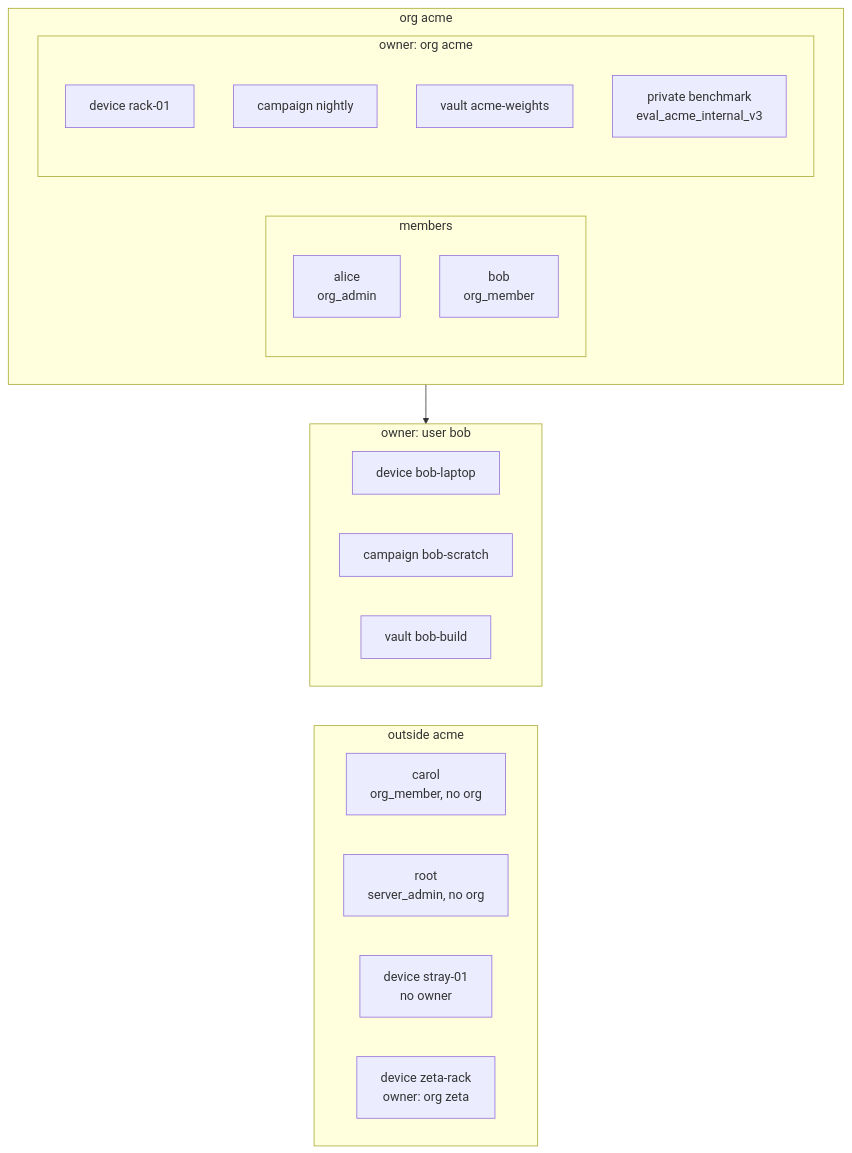
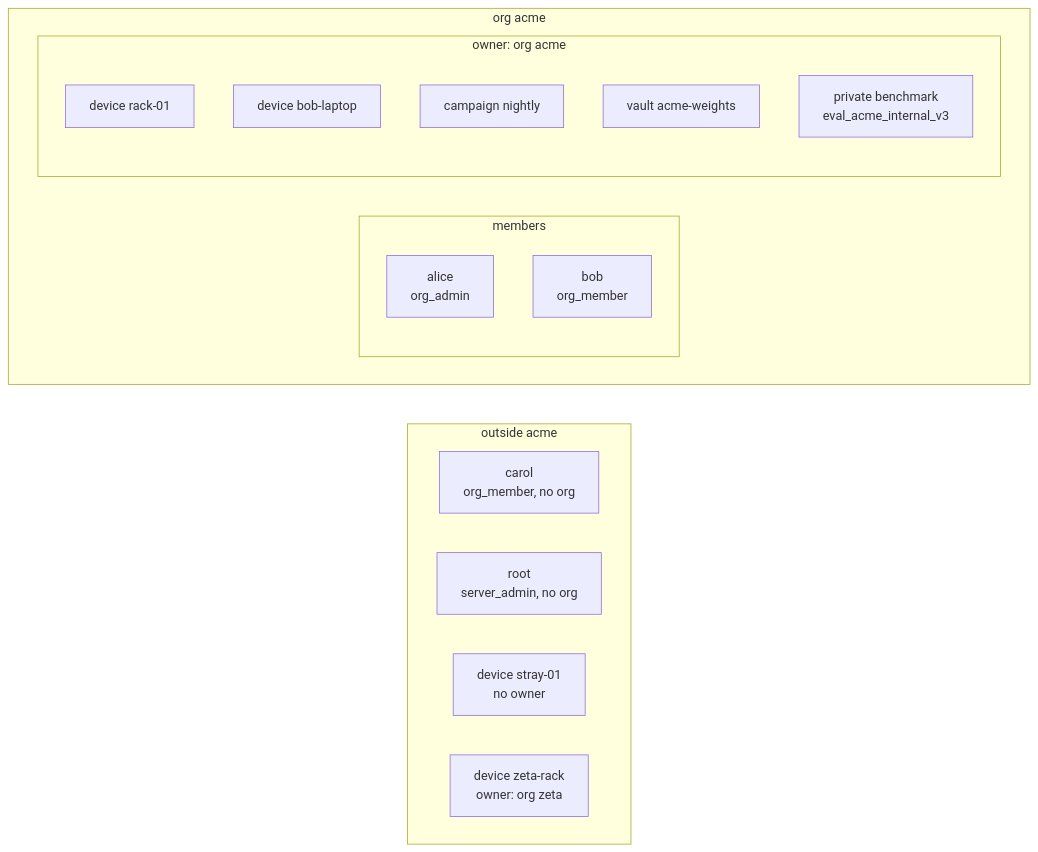
The ninth of 27 diagrams in docs/topology.md (Liquid4All/pipette-mgmt), drawn with Mermaid before and after one commit. The commit also changed other lines of this file and 432 other files, not shown here.

````diff
--- a/docs/topology.md
+++ b/docs/topology.md
@@ -453,33 +441,27 @@
 ```mermaid
 flowchart TB
     subgraph acme["org acme"]
         direction LR
         subgraph people["members"]
             direction TB
             alice["alice<br/>org_admin"]
             bob["bob<br/>org_member"]
         end
         subgraph orgowned["owner: org acme"]
             direction TB
             rack["device rack-01"]
+            laptop["device bob-laptop"]
             nightly["campaign nightly"]
             weights["vault acme-weights"]
             internal["private benchmark<br/>eval_acme_internal_v3"]
         end
-    end
-    subgraph bobowned["owner: user bob"]
-        direction LR
-        laptop["device bob-laptop"]
-        scratch["campaign bob-scratch"]
-        build["vault bob-build"]
     end
     subgraph outside["outside acme"]
         direction LR
         carol["carol<br/>org_member, no org"]
         root["root<br/>server_admin, no org"]
         stray["device stray-01<br/>no owner"]
         other["device zeta-rack<br/>owner: org zeta"]
     end
-    bob --> bobowned
-    bobowned ~~~ outside
+    acme ~~~ outside
 ```
````
